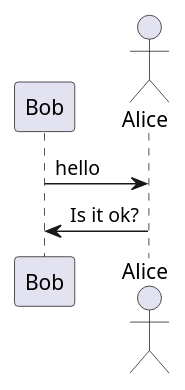
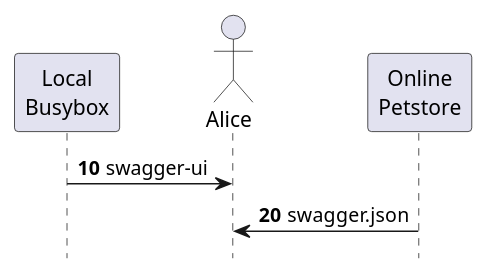
One commit to dltdojo/dltdojo-cd changed the diagram in tian/cd22/web310-api/openapi101/g101.puml. Above: the diagram before and after it, drawn with PlantUML. The commit also changed 9 other files, not shown here.

```diff
--- a/tian/cd22/web310-api/openapi101/g101.puml
+++ b/tian/cd22/web310-api/openapi101/g101.puml
@@ -1,7 +1,10 @@
 @startuml
-participant Bob
+hide footbox
+participant "Local\nBusybox" as Local
 actor Alice
-
-Bob -> Alice : hello
-Alice -> Bob : Is it ok?
+participant "Online\nPetstore" as Petstore
+autonumber 10
+Local -> Alice : swagger-ui
+autonumber 20
+Alice <- Petstore : swagger.json
 @enduml
```
